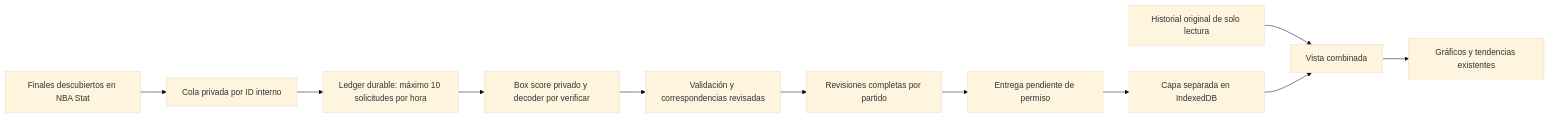
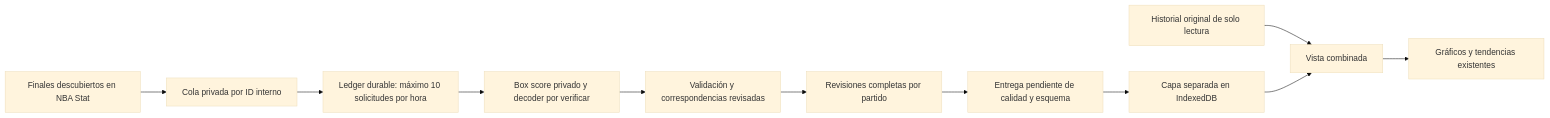
One commit to oliver07atm/nba-tendencias changed the diagram in docs/nbastat-preparacion.md. Above: the diagram before and after it, drawn with Mermaid (base theme). The commit also changed other lines of this file and 8 other files, not shown here.

Commit message:
Prepare secure manual NBA Stat box-score schema probe

````diff
--- a/docs/nbastat-preparacion.md
+++ b/docs/nbastat-preparacion.md
@@ -25,13 +29,13 @@
 ```mermaid
 flowchart LR
  A[Finales descubiertos en NBA Stat] --> B[Cola privada por ID interno]
  B --> C[Ledger durable: máximo 10 solicitudes por hora]
  C --> D[Box score privado y decoder por verificar]
  D --> E[Validación y correspondencias revisadas]
  E --> F[Revisiones completas por partido]
- F --> G[Entrega pendiente de permiso]
+ F --> G[Entrega pendiente de calidad y esquema]
  G --> H[Capa separada en IndexedDB]
  I[Historial original de solo lectura] --> J[Vista combinada]
  H --> J
  J --> K[Gráficos y tendencias existentes]
 ```
````
